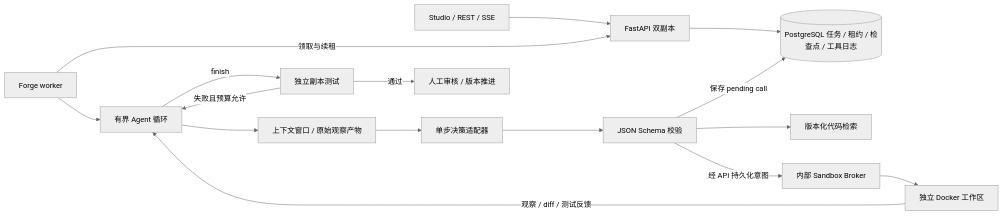
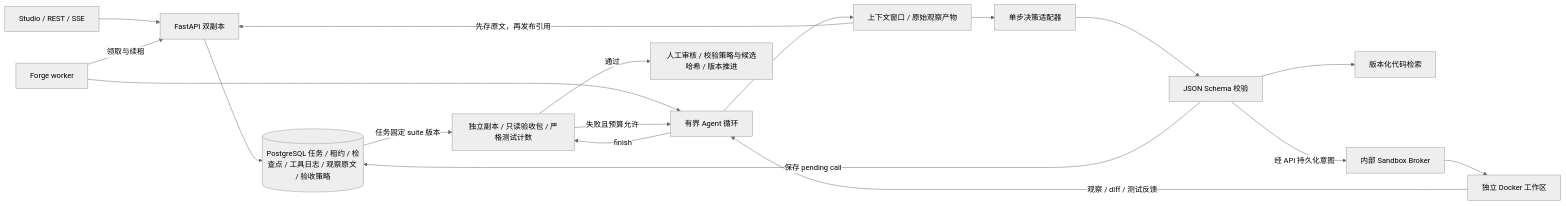
The diagram in docs/ARCHITECTURE.md (chendi-Shi/forge-coding-agent), drawn with Mermaid (neutral theme) before and after one commit. The commit also changed other lines of this file and 46 other files, not shown here.

````diff
--- a/docs/ARCHITECTURE.md
+++ b/docs/ARCHITECTURE.md
@@ -5,18 +5,20 @@
 ```mermaid
 flowchart LR
   UI[Studio / REST / SSE] --> API[FastAPI 双副本]
-  API --> DB[(PostgreSQL 任务 / 租约 / 检查点 / 工具日志)]
+  API --> DB[(PostgreSQL 任务 / 租约 / 检查点 / 工具日志 / 观察原文 / 验收策略)]
   Worker[Forge worker] -->|领取与续租| API
   Worker --> Loop[有界 Agent 循环]
   Loop --> Context[上下文窗口 / 原始观察产物]
+  Context -->|先存原文，再发布引用| API
   Context --> Model[单步决策适配器]
   Model --> Schema[JSON Schema 校验]
   Schema -->|保存 pending call| DB
   Schema --> Search[版本化代码检索]
   Schema -->|经 API 持久化意图| Broker[内部 Sandbox Broker]
   Broker --> Docker[独立 Docker 工作区]
   Docker -->|观察 / diff / 测试反馈| Loop
-  Loop -->|finish| Verify[独立副本测试]
+  Loop -->|finish| Verify[独立副本 / 只读验收包 / 严格测试计数]
+  DB -->|任务固定 suite 版本| Verify
   Verify -->|失败且预算允许| Loop
-  Verify -->|通过| Review[人工审核 / 版本推进]
+  Verify -->|通过| Review[人工审核 / 校验策略与候选哈希 / 版本推进]
 ```
````
